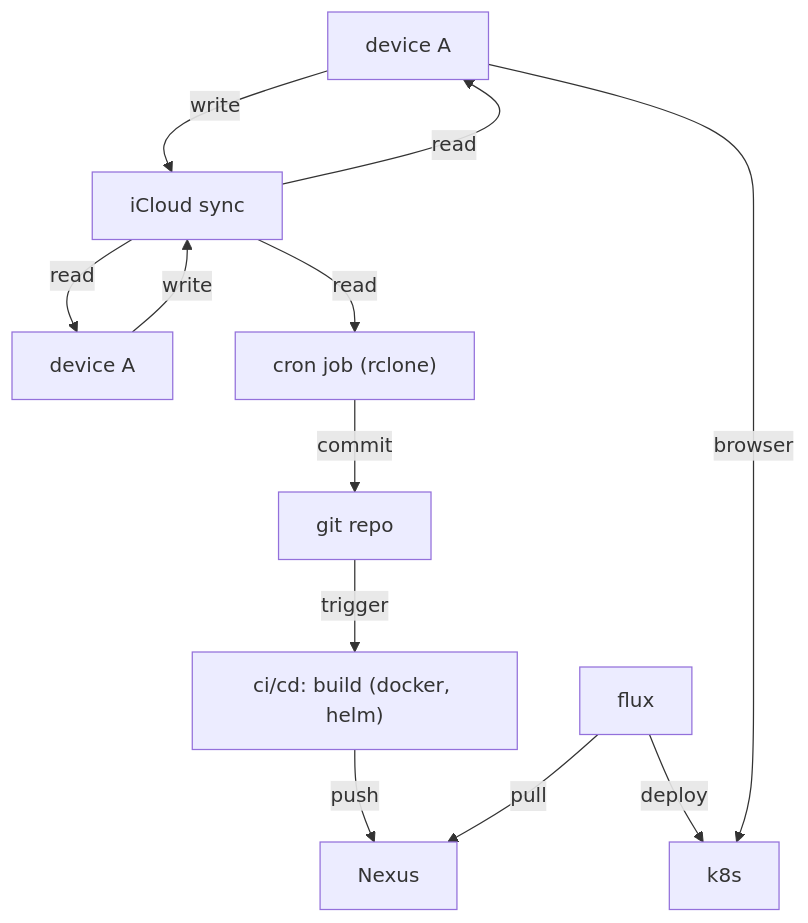
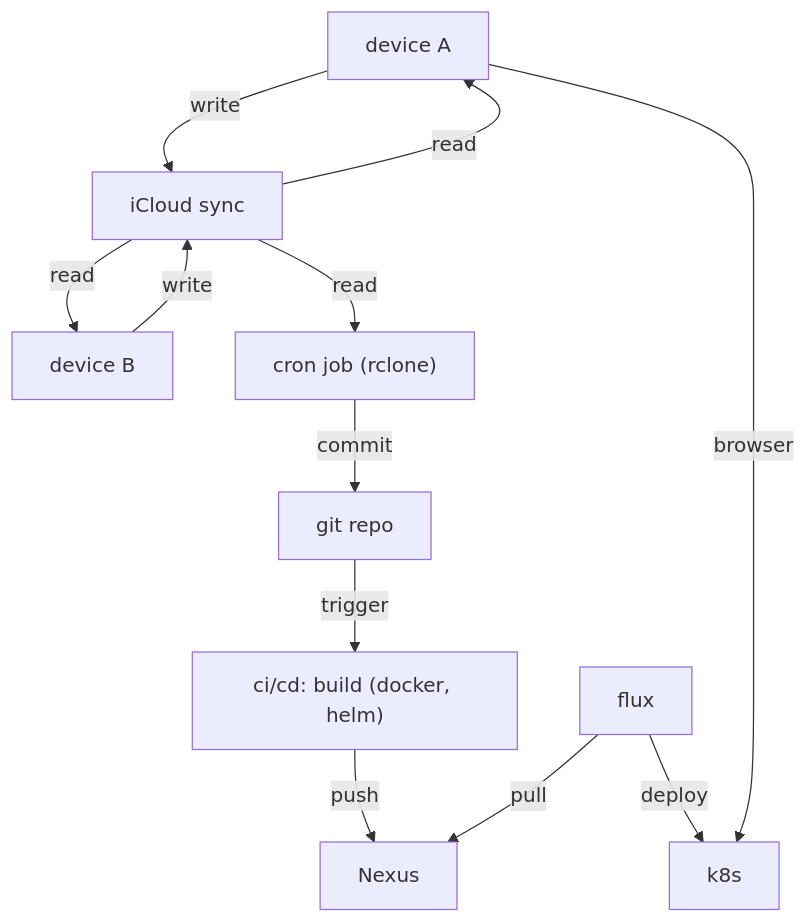
Before and after one commit to pascalweiss/zettelkasten-public: the diagram in 📗 zettelkasten/My digital garden.md, drawn with Mermaid. The commit also changed other lines of this file, not shown here.

````diff
--- a/📗 zettelkasten/My digital garden.md
+++ b/📗 zettelkasten/My digital garden.md
@@ -18,14 +23,14 @@
 ```mermaid
 graph TD
 A[device A] -->|write| B[iCloud sync]
 B -->|read| A
-B -->|read| C[device A]
+B -->|read| C[device B]
 C -->|write| B
 B -->|read| D["cron job (rclone)"]
 D -->|commit| E[git repo]
 E -->|trigger| F["ci/cd: build (docker, helm)"]
 F -->|push| G[Nexus]
 H[flux] -->|pull| G
 H -->|deploy| J[k8s]
 A -->|browser| J
 ```
````
